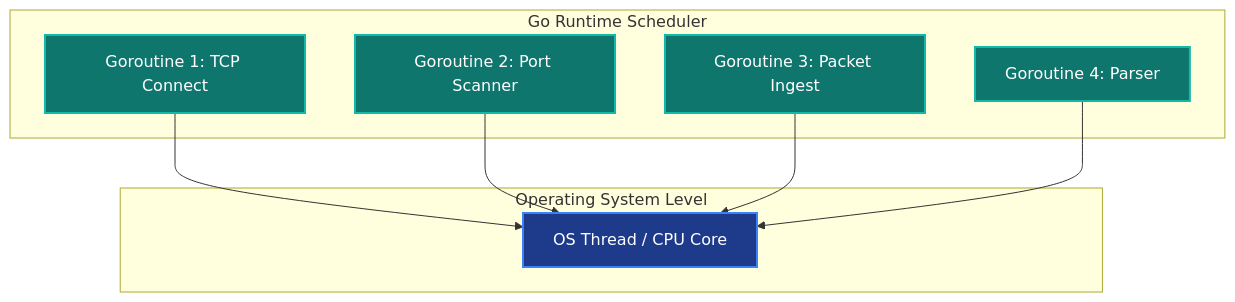
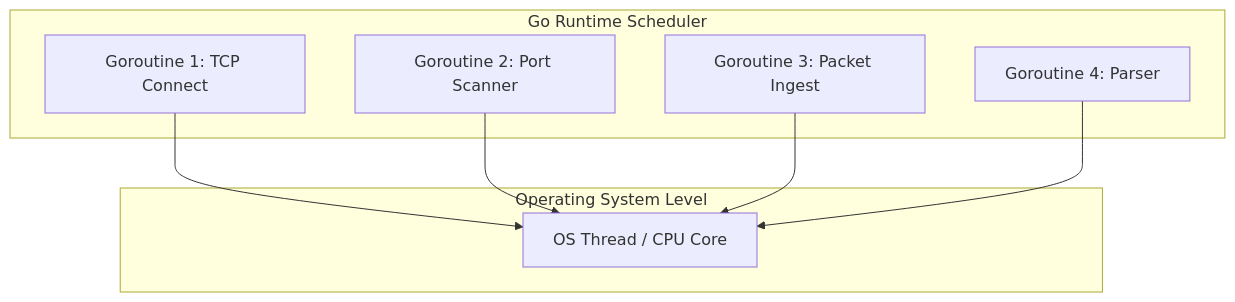
One commit to yusufarbc/yusufarbc changed the second of 2 diagrams in website/content/golang-for-hackers/en.md. Above: the diagram before and after it, drawn with Mermaid. The commit also changed other lines of this file and 24 other files, not shown here.

````diff
--- a/website/content/golang-for-hackers/en.md
+++ b/website/content/golang-for-hackers/en.md
@@ -224,24 +220,18 @@
 ```mermaid
 graph TD
     subgraph "Operating System Level"
         Thread[OS Thread / CPU Core]
     end
 
     subgraph "Go Runtime Scheduler"
         G1[Goroutine 1: TCP Connect]
         G2[Goroutine 2: Port Scanner]
         G3[Goroutine 3: Packet Ingest]
         G4[Goroutine 4: Parser]
     end
 
     G1 --> Thread
     G2 --> Thread
     G3 --> Thread
     G4 --> Thread
-
-    style Thread fill:#1e3a8a,stroke:#3b82f6,stroke-width:2px,color:#fff;
-    style G1 fill:#0f766e,stroke:#14b8a6,stroke-width:2px,color:#fff;
-    style G2 fill:#0f766e,stroke:#14b8a6,stroke-width:2px,color:#fff;
-    style G3 fill:#0f766e,stroke:#14b8a6,stroke-width:2px,color:#fff;
-    style G4 fill:#0f766e,stroke:#14b8a6,stroke-width:2px,color:#fff;
 ```
````
